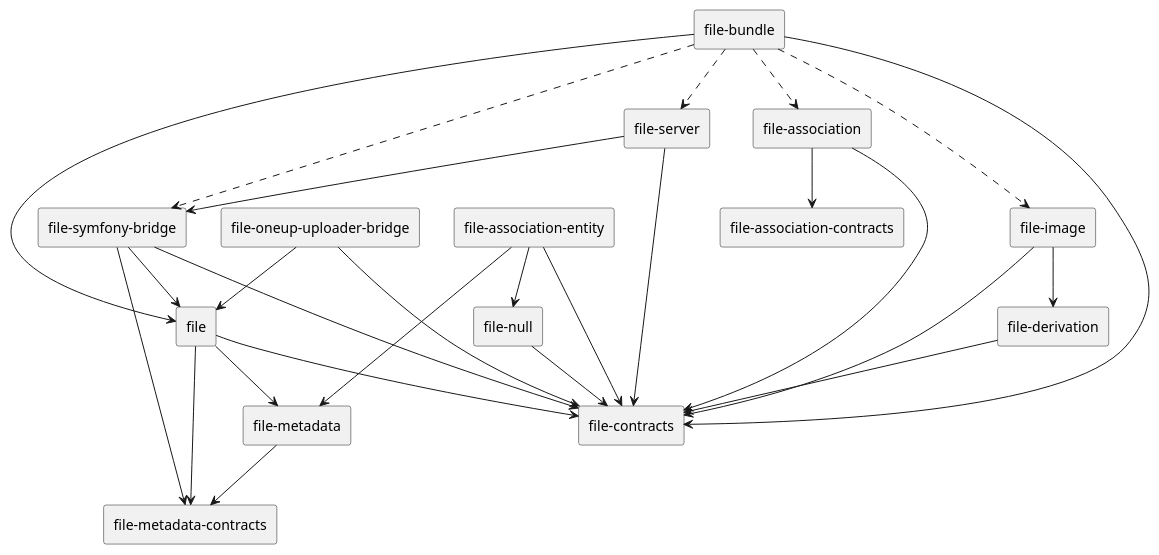
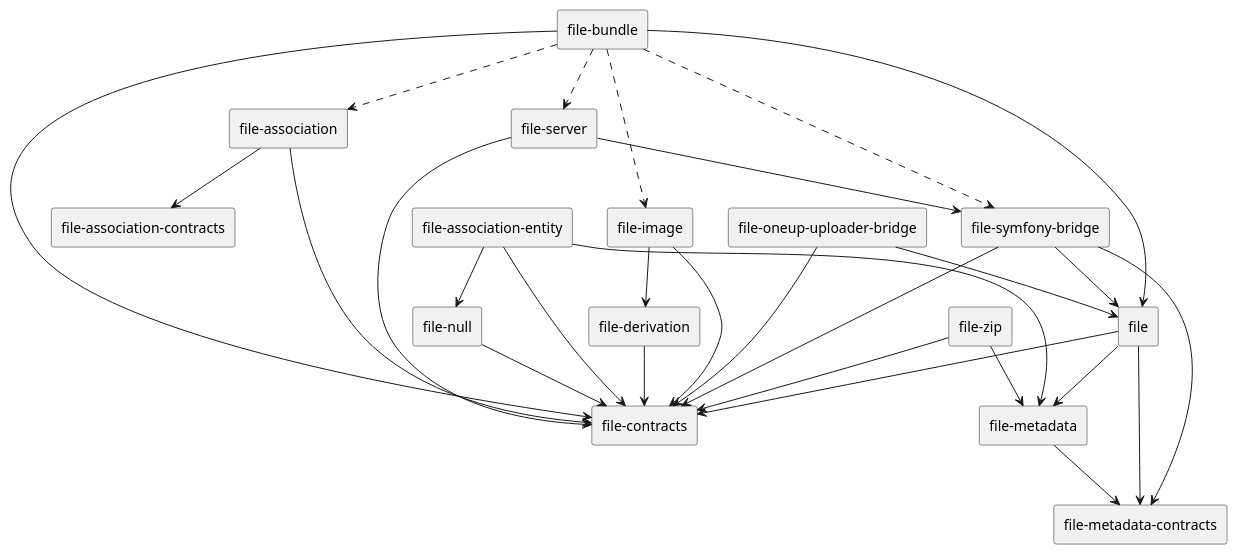
One commit to rekalogika/rekalogika.dev changed the diagram in diagrams/file-components.wsd. Above: the diagram before and after it, drawn with PlantUML. The commit also changed 8 other files, not shown here.

```diff
--- a/diagrams/file-components.wsd
+++ b/diagrams/file-components.wsd
@@ -1,32 +1,34 @@
 @startuml file-components
 
 skinparam componentStyle rectangle
 
 [file] --> [file-contracts]
 [file] --> [file-metadata-contracts]
 [file] --> [file-metadata]
 [file-association] --> [file-association-contracts]
 [file-association] --> [file-contracts]
 [file-bundle] --> [file]
 [file-bundle] --> [file-contracts]
 [file-bundle] ..> [file-image]
 [file-bundle] ..> [file-association]
 [file-bundle] ..> [file-server]
 [file-bundle] ..> [file-symfony-bridge]
 [file-derivation] --> [file-contracts]
 [file-image] --> [file-contracts]
 [file-image] --> [file-derivation]
 [file-oneup-uploader-bridge] --> [file-contracts]
 [file-oneup-uploader-bridge] --> [file]
 [file-server] --> [file-contracts]
 [file-server] --> [file-symfony-bridge]
 [file-symfony-bridge] --> [file]
 [file-symfony-bridge] --> [file-contracts]
 [file-symfony-bridge] --> [file-metadata-contracts]
 [file-association-entity] --> [file-contracts]
 [file-association-entity] --> [file-metadata]
 [file-association-entity] --> [file-null]
 [file-metadata] --> [file-metadata-contracts]
 [file-null] --> [file-contracts]
+[file-zip] --> [file-contracts]
+[file-zip] --> [file-metadata]
 
 @enduml
```
